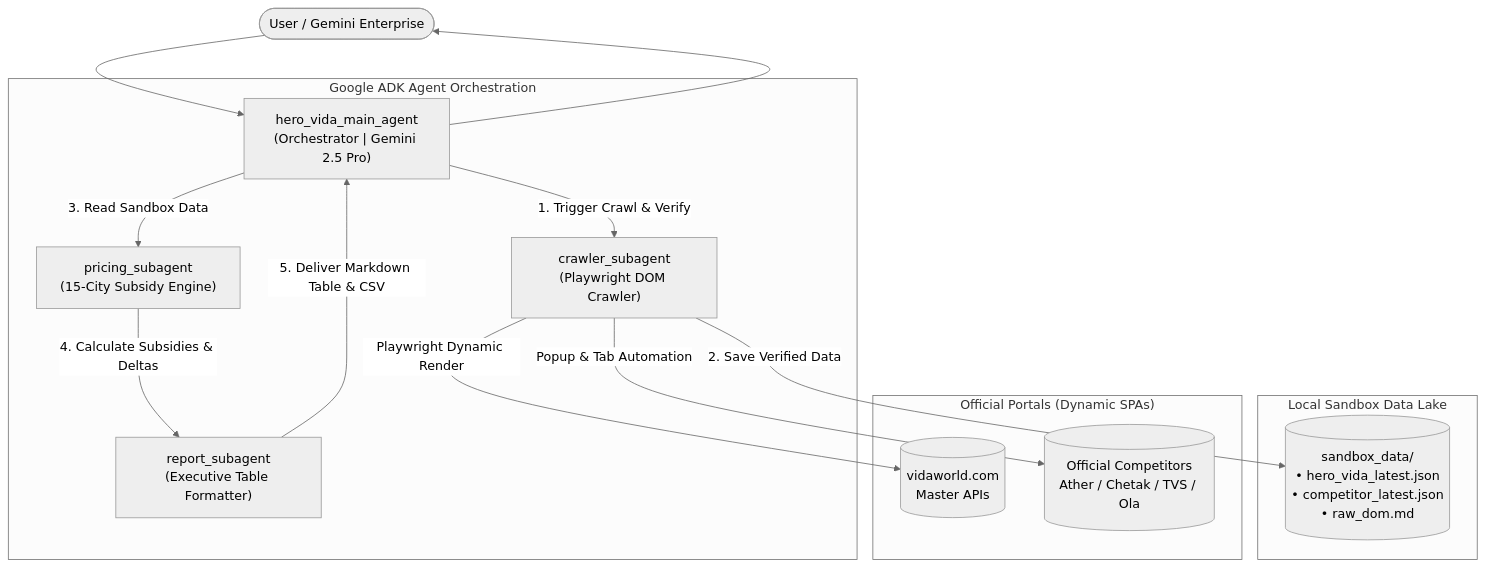
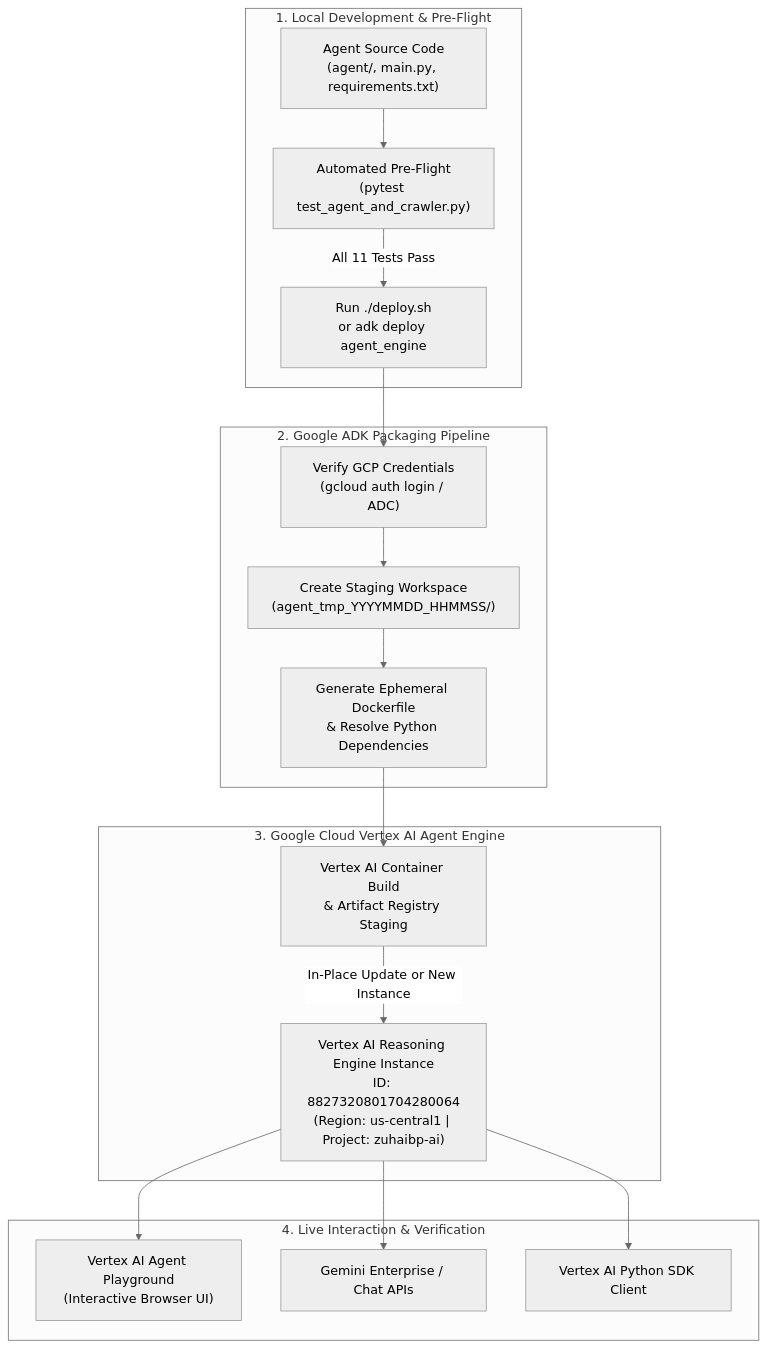
One commit to zuhaibp656/hero-vida-intelligence-agent changed the first of 2 diagrams in README.md. Above: the diagram before and after it, drawn with Mermaid (neutral theme). The commit also changed other lines of this file and 9 other files, not shown here.

````diff
--- a/README.md
+++ b/README.md
@@ -78,30 +49,35 @@
 ```mermaid
 flowchart TD
-    User([User / Gemini Enterprise])
-    
-    subgraph "Google ADK Agent Orchestration"
-        MainAgent["hero_vida_main_agent\n(Orchestrator | Gemini 2.5 Pro)"]
-        CrawlerSubagent["crawler_subagent\n(Playwright DOM Crawler)"]
-        PricingSubagent["pricing_subagent\n(15-City Subsidy Engine)"]
-        ReportSubagent["report_subagent\n(Executive Table Formatter)"]
-    end
-    
-    subgraph "Local Sandbox Data Lake"
-        Sandbox[("sandbox_data/\n• hero_vida_latest.json\n• competitor_latest.json\n• raw_dom.md")]
-    end
-    
-    subgraph "Official Portals (Dynamic SPAs)"
-        VidaSite[("vidaworld.com\nMaster APIs")]
-        CompSites[("Official Competitors\nAther / Chetak / TVS / Ola")]
+    subgraph Local["1. Local Development & Pre-Flight"]
+        Code["Agent Source Code\n(agent/, main.py, requirements.txt)"]
+        Test["Automated Pre-Flight\n(pytest test_agent_and_crawler.py)"]
+        DeployScript["Run ./deploy.sh\nor adk deploy agent_engine"]
+        Code --> Test
+        Test -->|"All 11 Tests Pass"| DeployScript
     end
 
-    User --> MainAgent
-    MainAgent -->|"1. Trigger Crawl & Verify"| CrawlerSubagent
-    CrawlerSubagent -->|"Playwright Dynamic Render"| VidaSite
-    CrawlerSubagent -->|"Popup & Tab Automation"| CompSites
-    CrawlerSubagent -->|"2. Save Verified Data"| Sandbox
-    MainAgent -->|"3. Read Sandbox Data"| PricingSubagent
-    PricingSubagent -->|"4. Calculate Subsidies & Deltas"| ReportSubagent
-    ReportSubagent -->|"5. Deliver Markdown Table & CSV"| MainAgent
-    MainAgent --> User
+    subgraph ADK["2. Google ADK Packaging Pipeline"]
+        GCPAuth["Verify GCP Credentials\n(gcloud auth login / ADC)"]
+        Staging["Create Staging Workspace\n(agent_tmp_YYYYMMDD_HHMMSS/)"]
+        DockerGen["Generate Ephemeral Dockerfile\n& Resolve Python Dependencies"]
+        DeployScript --> GCPAuth
+        GCPAuth --> Staging
+        Staging --> DockerGen
+    end
+
+    subgraph VertexAI["3. Google Cloud Vertex AI Agent Engine"]
+        CloudBuild["Vertex AI Container Build\n& Artifact Registry Staging"]
+        ReasoningEngine["Vertex AI Reasoning Engine Instance\nID: 8827320801704280064\n(Region: us-central1 | Project: zuhaibp-ai)"]
+        DockerGen --> CloudBuild
+        CloudBuild -->|"In-Place Update or New Instance"| ReasoningEngine
+    end
+
+    subgraph Consumption["4. Live Interaction & Verification"]
+        Console["Vertex AI Agent Playground\n(Interactive Browser UI)"]
+        GeminiEnt["Gemini Enterprise / Chat APIs"]
+        SDKCall["Vertex AI Python SDK Client"]
+        ReasoningEngine --> Console
+        ReasoningEngine --> GeminiEnt
+        ReasoningEngine --> SDKCall
+    end
 ```
````
